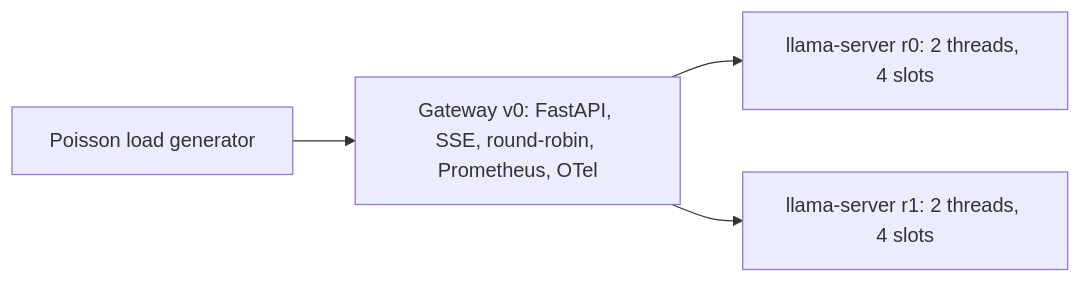
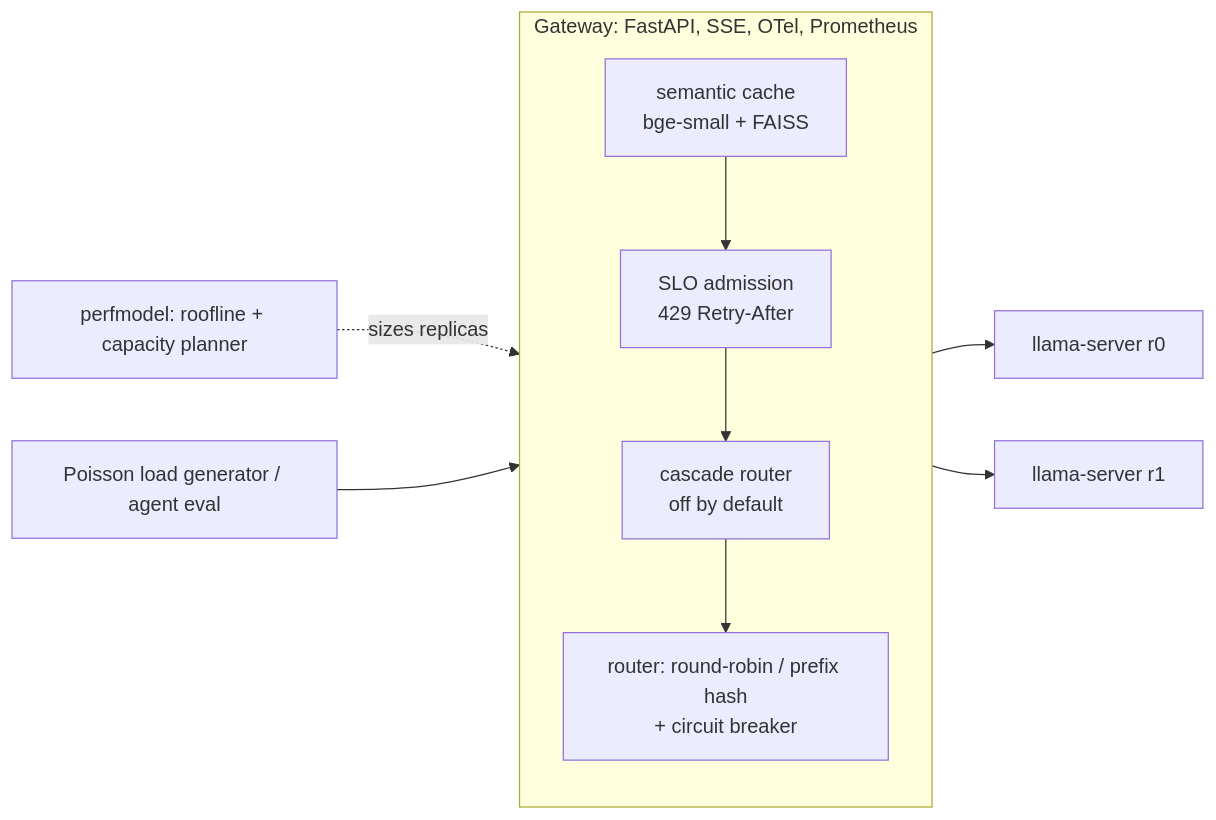
The diagram in README.md (karthik-vi/llm-inference-gateway), drawn with Mermaid before and after one commit. The commit also changed other lines of this file and 4 other files, not shown here.

````diff
--- a/README.md
+++ b/README.md
@@ -7,6 +9,11 @@
 ```mermaid
 flowchart LR
-  L[Poisson load generator] --> G[Gateway v0: FastAPI, SSE, round-robin, Prometheus, OTel]
-  G --> R0[llama-server r0: 2 threads, 4 slots]
-  G --> R1[llama-server r1: 2 threads, 4 slots]
+  LG[Poisson load generator / agent eval] --> G
+  subgraph G[Gateway: FastAPI, SSE, OTel, Prometheus]
+    direction TB
+    C[semantic cache<br/>bge-small + FAISS] --> A[SLO admission<br/>429 Retry-After] --> CA[cascade router<br/>off by default] --> R[router: round-robin / prefix hash<br/>+ circuit breaker]
+  end
+  R --> R0[llama-server r0]
+  R --> R1[llama-server r1]
+  PM[perfmodel: roofline + capacity planner] -.sizes replicas.-> R
 ```
````
